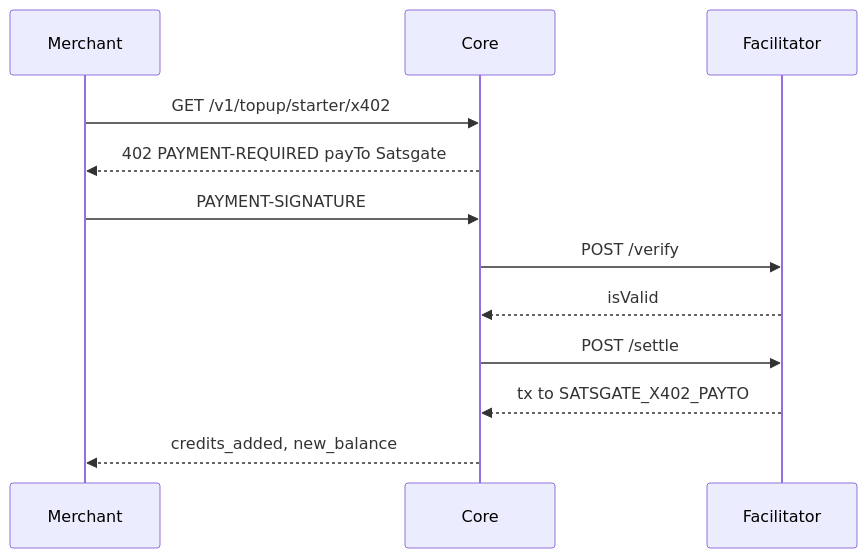
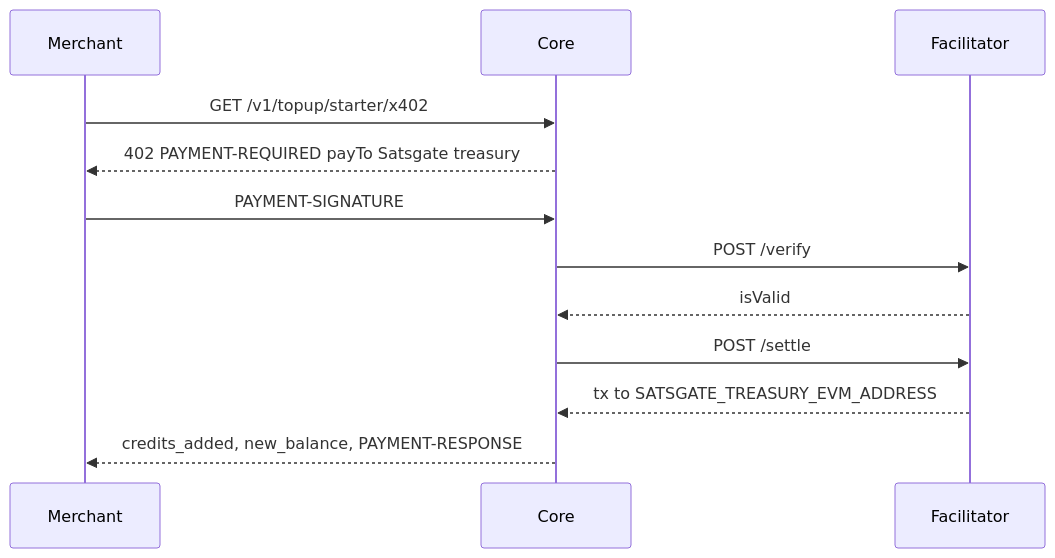
One commit to Mike-io-hash/satsgate changed the fourth of 4 diagrams in docs/x402-design.md. Above: the diagram before and after it, drawn with Mermaid. The commit also changed other lines of this file and 26 other files, not shown here.

````diff
--- a/docs/x402-design.md
+++ b/docs/x402-design.md
@@ -159,14 +159,14 @@
 ```mermaid
 sequenceDiagram
   participant Merchant
   participant Core
   participant Fac as Facilitator
   Merchant->>Core: GET /v1/topup/starter/x402
-  Core-->>Merchant: 402 PAYMENT-REQUIRED payTo Satsgate
+  Core-->>Merchant: 402 PAYMENT-REQUIRED payTo Satsgate treasury
   Merchant->>Core: PAYMENT-SIGNATURE
   Core->>Fac: POST /verify
   Fac-->>Core: isValid
   Core->>Fac: POST /settle
-  Fac-->>Core: tx to SATSGATE_X402_PAYTO
-  Core-->>Merchant: credits_added, new_balance
+  Fac-->>Core: tx to SATSGATE_TREASURY_EVM_ADDRESS
+  Core-->>Merchant: credits_added, new_balance, PAYMENT-RESPONSE
 ```
````
